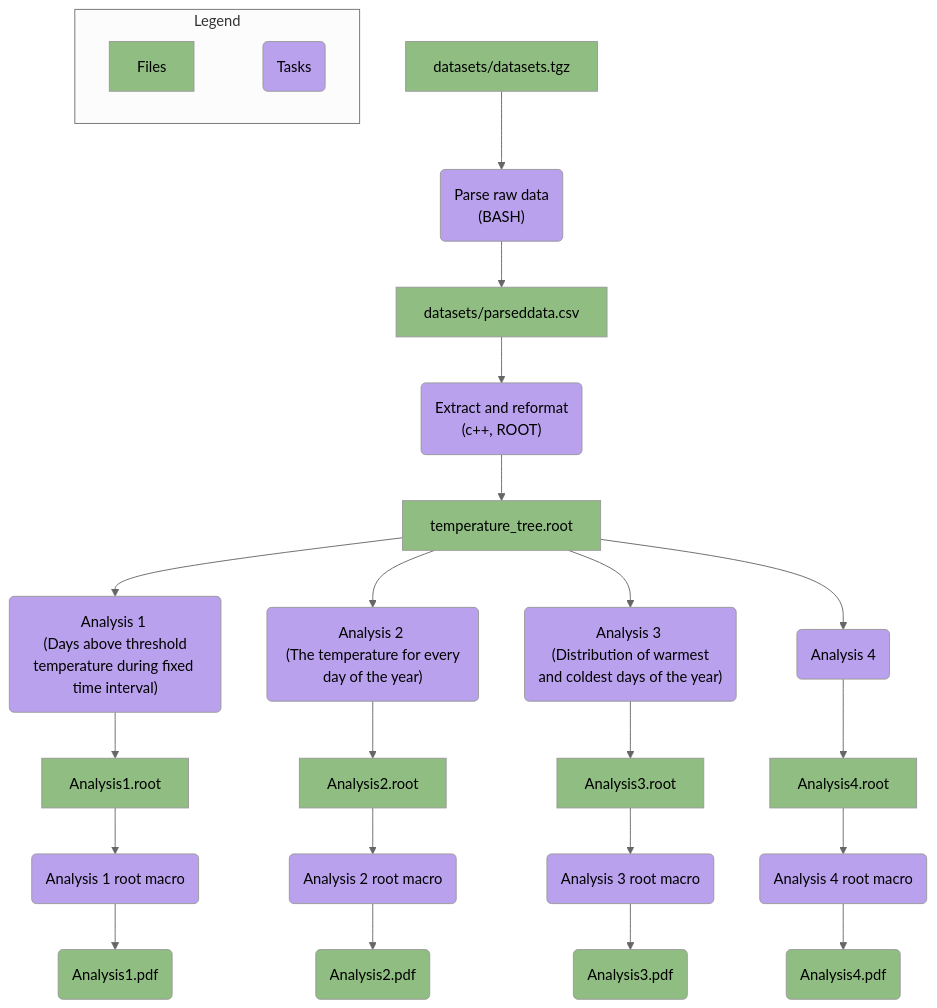
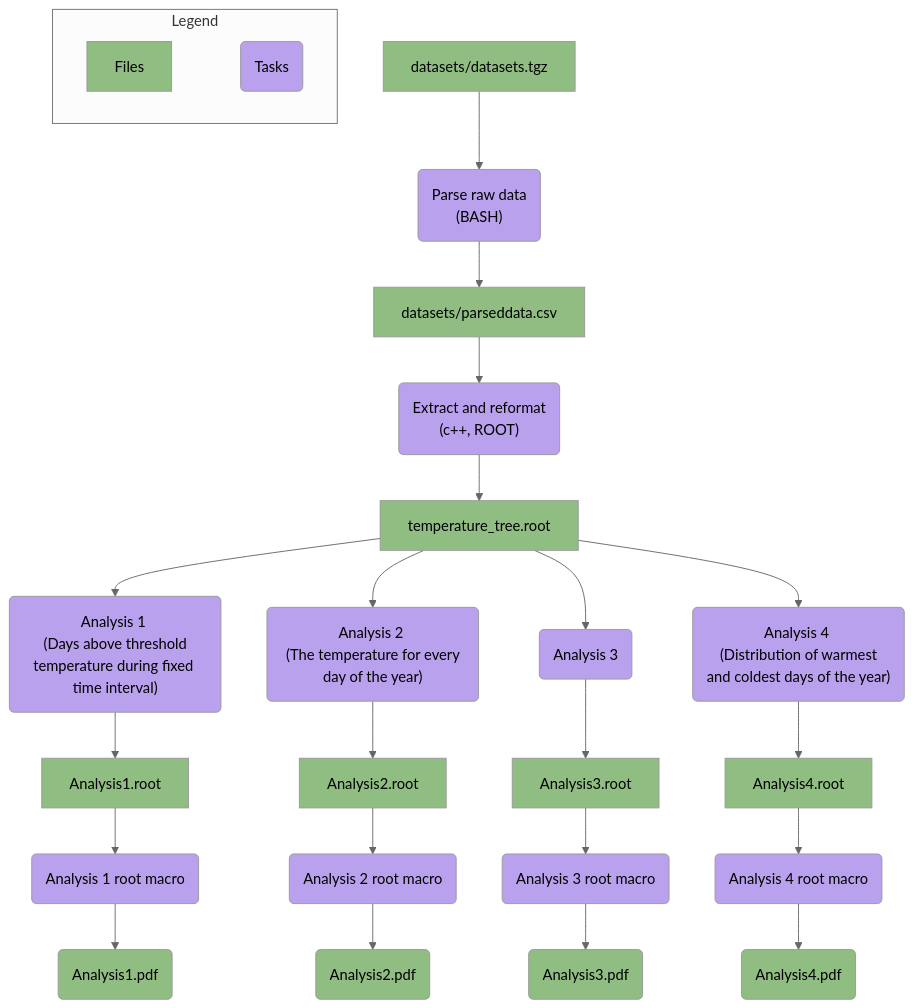
The diagram in Workplan.md (dchelidzemrics-design/MNXB11-Project), drawn with Mermaid before and after one commit.

Commit message:
Fix Analysis 3 and update Analysis 4 description

````diff
--- a/Workplan.md
+++ b/Workplan.md
@@ -9,49 +9,49 @@
 ```mermaid 
 %%{init: { 'theme':'neutral', 'fontSize': '11px'} }%%
 flowchart TD
     %% This will be the same for all analyses
     A["datasets/datasets.tgz"] --> B("Parse raw data <br> (BASH)")
     B --> C["datasets/parseddata.csv"]
     C --> D("Extract and reformat <br> (c++, ROOT)")
     D --> E["temperature_tree.root"]
 
     %% The seperate analyses
     E --> G("Analysis 1 <br> (Days above threshold temperature during fixed time interval)")
     E --> H("Analysis 2 <br> (The temperature for every day of the year)")
-    E --> I("Analysis 3 <br> (Distribution of warmest and coldest days of the year)")
-    E --> J("Analysis 4 <br> ")
+    E --> I("Analysis 3 <br> ")
+    E --> J("Analysis 4 <br> (Distribution of warmest and coldest days of the year)")
 
     %% Analysis 1 workflow
     G --> G1["Analysis1.root"]
     G1 --> G2("Analysis 1 root macro")
     G2 --> G3("Analysis1.pdf")
 
     %% Analysis 2 workflow
     H --> H1["Analysis2.root"]
     H1 --> H2("Analysis 2 root macro")
     H2 --> H3("Analysis2.pdf")
 
     %% Analysis 3 workflow
     I --> I1["Analysis3.root"]
     I1 --> I2("Analysis 3 root macro")
     I2 --> I3("Analysis3.pdf")
 
     %% Analysis 4 workflow
     J --> J1["Analysis4.root"]
     J1 --> J2("Analysis 4 root macro")
     J2 --> J3("Analysis4.pdf")
 
     %% Legend 
     subgraph Legend ["Legend"]
         direction LR
         L1["Files"] ~~~ L2("Tasks")
     end
 
     %% Seperate Files and Tasks into different classes
     %% with different colors
     classDef Files fill:#90bd82;
     classDef Tasks fill:#b9a1ed;
 
     class L1,A,C,E,G1,G3,H1,H3,I1,I3,J1,J3 Files;
     class L2,B,D,G,H,I,J,F,F2,G2,H2,I2,J2 Tasks;
 ```
````
